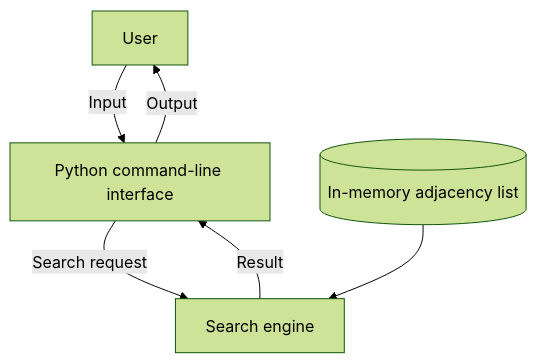
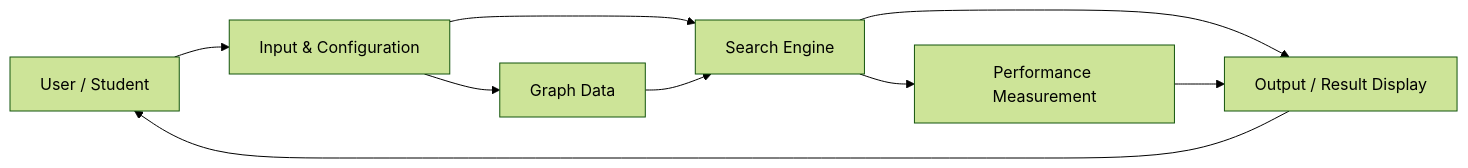
Before and after one commit to rutujapatil2309-tech/IAI_SLE3: the second of 3 diagrams in README.md, drawn with Mermaid (forest theme). The commit also changed other lines of this file, not shown here.

Commit message:
Update SLE-3 C4 architecture: README.md

````diff
--- a/README.md
+++ b/README.md
@@ -23,8 +34,11 @@
-```mermaid
-flowchart TB
-    U[User] -->|Input| CLI[Python command-line interface]
-    CLI -->|Search request| CORE[Search engine]
-    G[(In-memory adjacency list)] --> CORE
-    CORE -->|Result| CLI
-    CLI -->|Output| U
-```
+~~~mermaid
+flowchart LR
+    U[User / Student] --> I[Input & Configuration]
+    I --> G[Graph Data]
+    I --> E[Search Engine]
+    G --> E
+    E --> M[Performance Measurement]
+    E --> O[Output / Result Display]
+    M --> O
+    O --> U
+~~~
````
